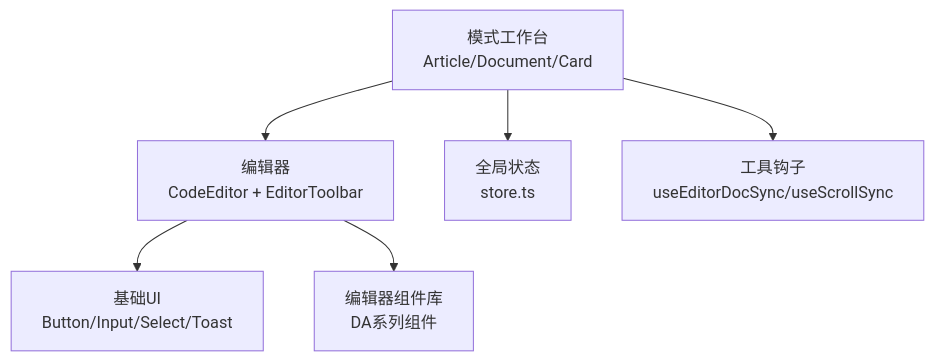
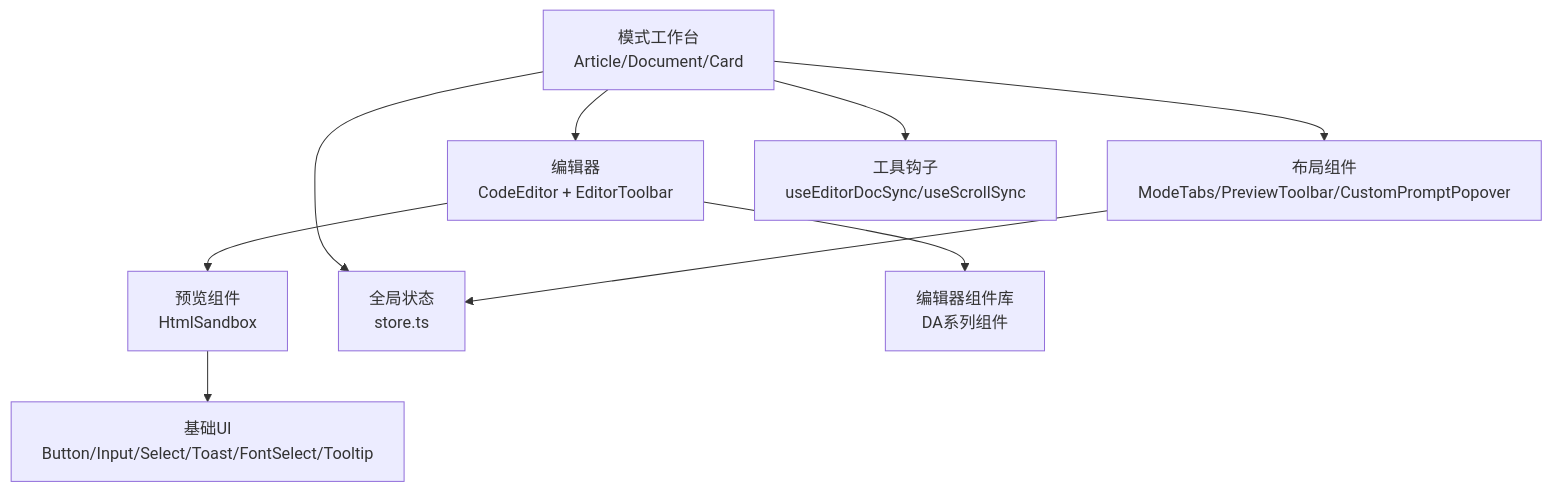
The second of 8 diagrams in .qoder/repowiki/zh/content/架构设计/组件系统设计/组件系统设计.md (ZhongXiandou/markdown2view), drawn with Mermaid before and after one commit. The commit also changed other lines of this file and 35 other files, not shown here.

````diff
--- a/.qoder/repowiki/zh/content/架构设计/组件系统设计/组件系统设计.md
+++ b/.qoder/repowiki/zh/content/架构设计/组件系统设计/组件系统设计.md
@@ -146,8 +193,11 @@
 ```mermaid
 graph TB
-MODES["模式工作台<br/>Article/Document/Card"] --> EDITOR["编辑器<br/>CodeEditor + EditorToolbar"]
-EDITOR --> UIKIT["基础UI<br/>Button/Input/Select/Toast"]
+MODES["模式工作台<br/>Article/Document/Card"] --> LAYOUT["布局组件<br/>ModeTabs/PreviewToolbar/CustomPromptPopover"]
+MODES --> EDITOR["编辑器<br/>CodeEditor + EditorToolbar"]
+EDITOR --> PREVIEW["预览组件<br/>HtmlSandbox"]
+PREVIEW --> UIKIT["基础UI<br/>Button/Input/Select/Toast/FontSelect/Tooltip"]
 MODES --> STATE["全局状态<br/>store.ts"]
 MODES --> TOOLS["工具钩子<br/>useEditorDocSync/useScrollSync"]
 EDITOR --> LIB["编辑器组件库<br/>DA系列组件"]
+LAYOUT --> STATE
 ```
````
